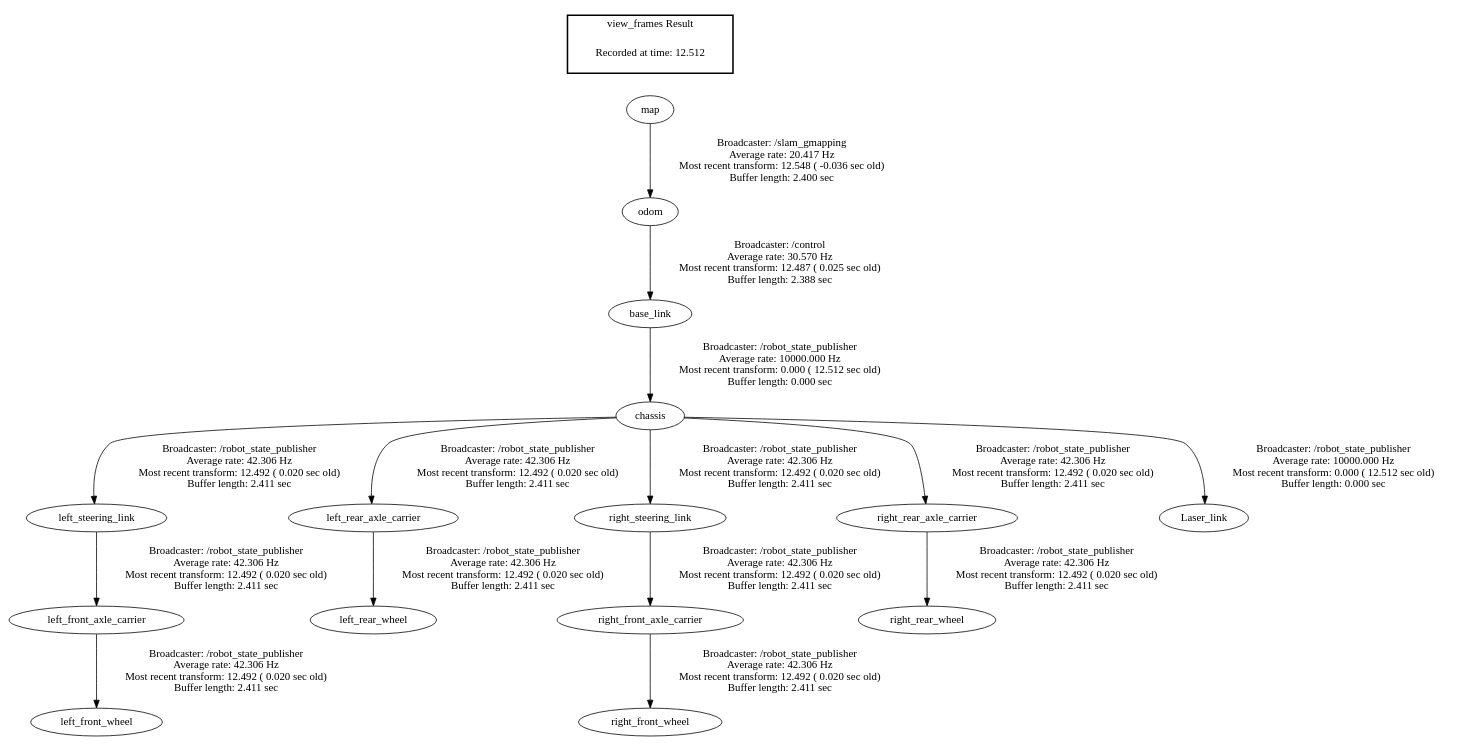
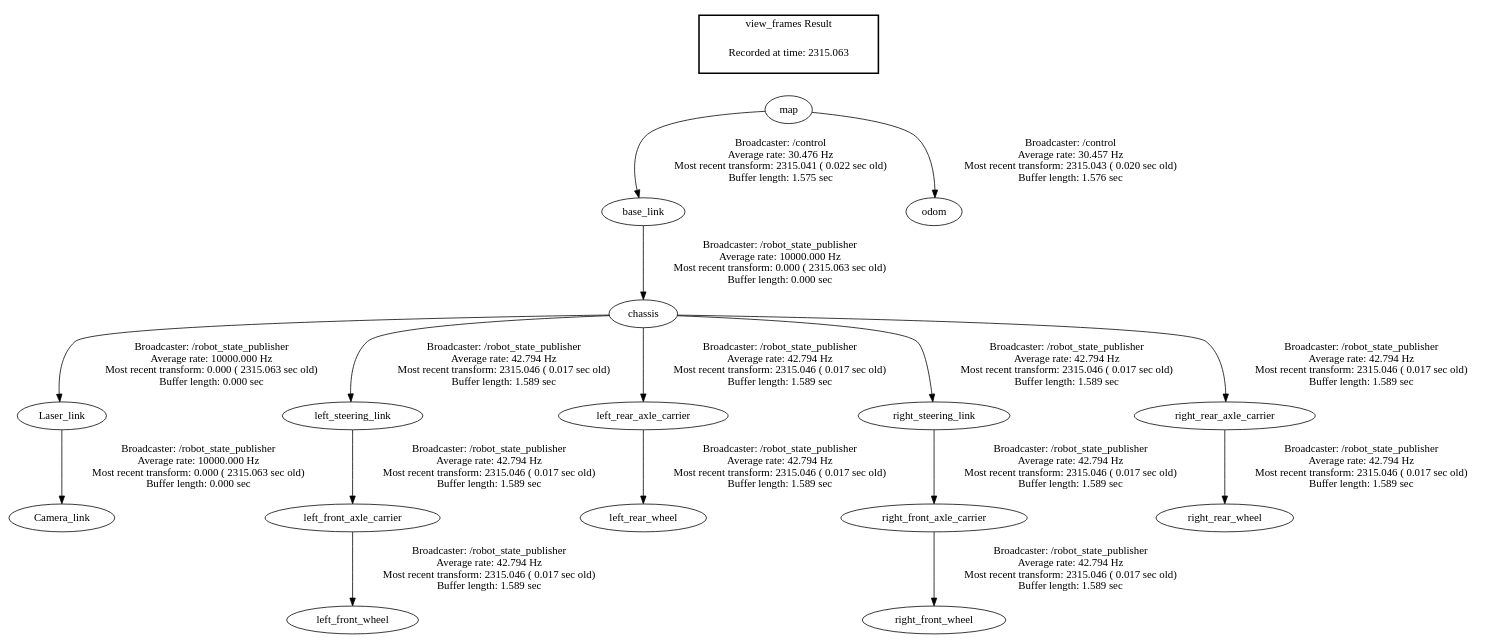
Before and after one commit to minhquangcr123/ackermann_steering: the diagram in frames.gv, drawn with Graphviz. The commit also changed 6947 other files, not shown here.

```diff
--- a/frames.gv
+++ b/frames.gv
@@ -1,20 +1,21 @@
 digraph G {
-"left_front_axle_carrier" -> "left_front_wheel"[label="Broadcaster: /robot_state_publisher\nAverage rate: 42.306 Hz\nMost recent transform: 12.492 ( 0.020 sec old)\nBuffer length: 2.411 sec\n"];
-"left_steering_link" -> "left_front_axle_carrier"[label="Broadcaster: /robot_state_publisher\nAverage rate: 42.306 Hz\nMost recent transform: 12.492 ( 0.020 sec old)\nBuffer length: 2.411 sec\n"];
-"chassis" -> "left_steering_link"[label="Broadcaster: /robot_state_publisher\nAverage rate: 42.306 Hz\nMost recent transform: 12.492 ( 0.020 sec old)\nBuffer length: 2.411 sec\n"];
-"base_link" -> "chassis"[label="Broadcaster: /robot_state_publisher\nAverage rate: 10000.000 Hz\nMost recent transform: 0.000 ( 12.512 sec old)\nBuffer length: 0.000 sec\n"];
-"left_rear_axle_carrier" -> "left_rear_wheel"[label="Broadcaster: /robot_state_publisher\nAverage rate: 42.306 Hz\nMost recent transform: 12.492 ( 0.020 sec old)\nBuffer length: 2.411 sec\n"];
-"chassis" -> "left_rear_axle_carrier"[label="Broadcaster: /robot_state_publisher\nAverage rate: 42.306 Hz\nMost recent transform: 12.492 ( 0.020 sec old)\nBuffer length: 2.411 sec\n"];
-"right_front_axle_carrier" -> "right_front_wheel"[label="Broadcaster: /robot_state_publisher\nAverage rate: 42.306 Hz\nMost recent transform: 12.492 ( 0.020 sec old)\nBuffer length: 2.411 sec\n"];
-"right_steering_link" -> "right_front_axle_carrier"[label="Broadcaster: /robot_state_publisher\nAverage rate: 42.306 Hz\nMost recent transform: 12.492 ( 0.020 sec old)\nBuffer length: 2.411 sec\n"];
-"chassis" -> "right_steering_link"[label="Broadcaster: /robot_state_publisher\nAverage rate: 42.306 Hz\nMost recent transform: 12.492 ( 0.020 sec old)\nBuffer length: 2.411 sec\n"];
-"right_rear_axle_carrier" -> "right_rear_wheel"[label="Broadcaster: /robot_state_publisher\nAverage rate: 42.306 Hz\nMost recent transform: 12.492 ( 0.020 sec old)\nBuffer length: 2.411 sec\n"];
-"chassis" -> "right_rear_axle_carrier"[label="Broadcaster: /robot_state_publisher\nAverage rate: 42.306 Hz\nMost recent transform: 12.492 ( 0.020 sec old)\nBuffer length: 2.411 sec\n"];
-"odom" -> "base_link"[label="Broadcaster: /control\nAverage rate: 30.570 Hz\nMost recent transform: 12.487 ( 0.025 sec old)\nBuffer length: 2.388 sec\n"];
-"chassis" -> "Laser_link"[label="Broadcaster: /robot_state_publisher\nAverage rate: 10000.000 Hz\nMost recent transform: 0.000 ( 12.512 sec old)\nBuffer length: 0.000 sec\n"];
-"map" -> "odom"[label="Broadcaster: /slam_gmapping\nAverage rate: 20.417 Hz\nMost recent transform: 12.548 ( -0.036 sec old)\nBuffer length: 2.400 sec\n"];
+"base_link" -> "chassis"[label="Broadcaster: /robot_state_publisher\nAverage rate: 10000.000 Hz\nMost recent transform: 0.000 ( 2315.063 sec old)\nBuffer length: 0.000 sec\n"];
+"map" -> "base_link"[label="Broadcaster: /control\nAverage rate: 30.476 Hz\nMost recent transform: 2315.041 ( 0.022 sec old)\nBuffer length: 1.575 sec\n"];
+"Laser_link" -> "Camera_link"[label="Broadcaster: /robot_state_publisher\nAverage rate: 10000.000 Hz\nMost recent transform: 0.000 ( 2315.063 sec old)\nBuffer length: 0.000 sec\n"];
+"chassis" -> "Laser_link"[label="Broadcaster: /robot_state_publisher\nAverage rate: 10000.000 Hz\nMost recent transform: 0.000 ( 2315.063 sec old)\nBuffer length: 0.000 sec\n"];
+"left_front_axle_carrier" -> "left_front_wheel"[label="Broadcaster: /robot_state_publisher\nAverage rate: 42.794 Hz\nMost recent transform: 2315.046 ( 0.017 sec old)\nBuffer length: 1.589 sec\n"];
+"left_steering_link" -> "left_front_axle_carrier"[label="Broadcaster: /robot_state_publisher\nAverage rate: 42.794 Hz\nMost recent transform: 2315.046 ( 0.017 sec old)\nBuffer length: 1.589 sec\n"];
+"chassis" -> "left_steering_link"[label="Broadcaster: /robot_state_publisher\nAverage rate: 42.794 Hz\nMost recent transform: 2315.046 ( 0.017 sec old)\nBuffer length: 1.589 sec\n"];
+"left_rear_axle_carrier" -> "left_rear_wheel"[label="Broadcaster: /robot_state_publisher\nAverage rate: 42.794 Hz\nMost recent transform: 2315.046 ( 0.017 sec old)\nBuffer length: 1.589 sec\n"];
+"chassis" -> "left_rear_axle_carrier"[label="Broadcaster: /robot_state_publisher\nAverage rate: 42.794 Hz\nMost recent transform: 2315.046 ( 0.017 sec old)\nBuffer length: 1.589 sec\n"];
+"right_front_axle_carrier" -> "right_front_wheel"[label="Broadcaster: /robot_state_publisher\nAverage rate: 42.794 Hz\nMost recent transform: 2315.046 ( 0.017 sec old)\nBuffer length: 1.589 sec\n"];
+"right_steering_link" -> "right_front_axle_carrier"[label="Broadcaster: /robot_state_publisher\nAverage rate: 42.794 Hz\nMost recent transform: 2315.046 ( 0.017 sec old)\nBuffer length: 1.589 sec\n"];
+"chassis" -> "right_steering_link"[label="Broadcaster: /robot_state_publisher\nAverage rate: 42.794 Hz\nMost recent transform: 2315.046 ( 0.017 sec old)\nBuffer length: 1.589 sec\n"];
+"right_rear_axle_carrier" -> "right_rear_wheel"[label="Broadcaster: /robot_state_publisher\nAverage rate: 42.794 Hz\nMost recent transform: 2315.046 ( 0.017 sec old)\nBuffer length: 1.589 sec\n"];
+"chassis" -> "right_rear_axle_carrier"[label="Broadcaster: /robot_state_publisher\nAverage rate: 42.794 Hz\nMost recent transform: 2315.046 ( 0.017 sec old)\nBuffer length: 1.589 sec\n"];
+"map" -> "odom"[label="Broadcaster: /control\nAverage rate: 30.457 Hz\nMost recent transform: 2315.043 ( 0.020 sec old)\nBuffer length: 1.576 sec\n"];
 edge [style=invis];
  subgraph cluster_legend { style=bold; color=black; label ="view_frames Result";
-"Recorded at time: 12.512"[ shape=plaintext ] ;
+"Recorded at time: 2315.063"[ shape=plaintext ] ;
  }->"map";
 }
```
